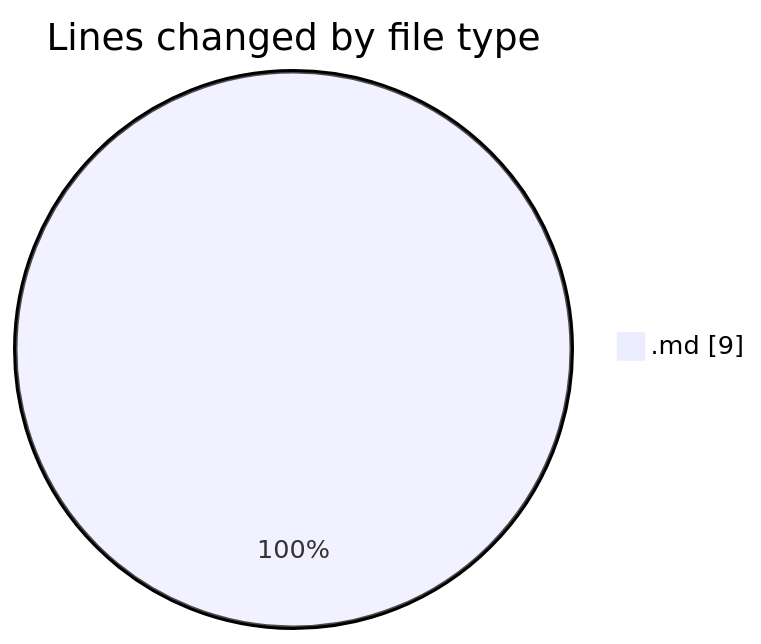
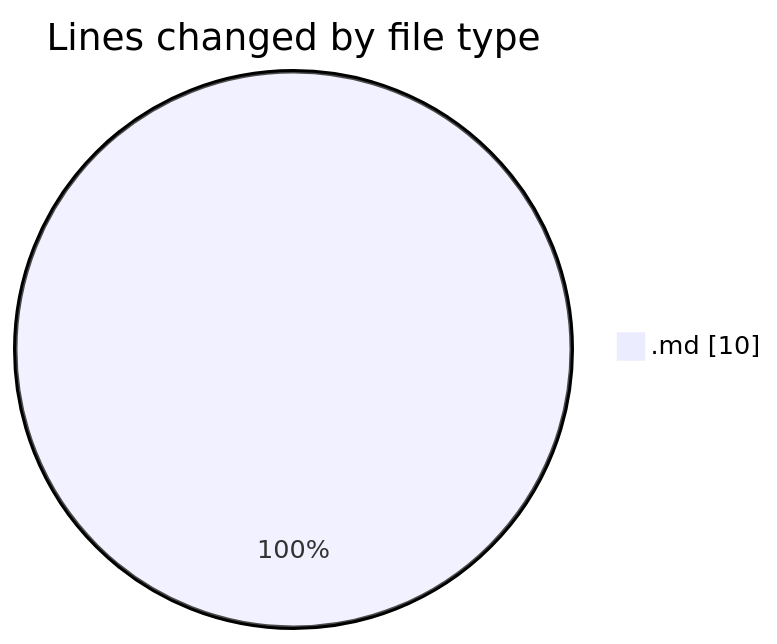
The first of 2 diagrams in 2025-07-07/urlwebwala_intership_work/README.md (Ritupan-Deka/code-tracking), drawn with Mermaid before and after one commit. The commit also changed other lines of this file and 1 other file, not shown here.

````diff
--- a/2025-07-07/urlwebwala_intership_work/README.md
+++ b/2025-07-07/urlwebwala_intership_work/README.md
@@ -22,5 +22,5 @@
 ```mermaid
 pie showData
 title Lines changed by file type
-".md" : 9
+".md" : 10
 ```
````
